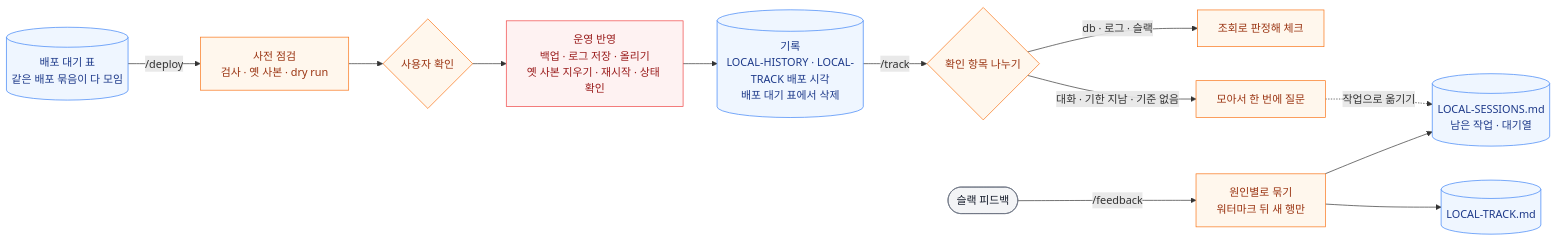
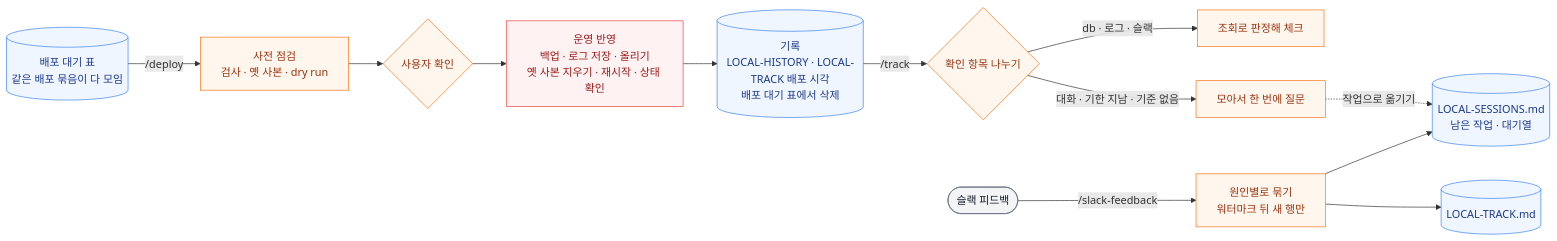
Before and after one commit to hyewon3938/build-with-ai: the fifth of 6 diagrams in workflow/skills-overview.md, drawn with Mermaid. The commit also changed other lines of this file and 5 other files, not shown here.

First line of the commit message:
refactor(plugin): 슬랙 피드백 스킬 이름을 slack-feedback으로 바꾼다

````diff
--- a/workflow/skills-overview.md
+++ b/workflow/skills-overview.md
@@ -159,24 +159,24 @@
 ```mermaid
 graph LR
     DW[("배포 대기 표<br/>같은 배포 묶음이 다 모임")] -->|/deploy| PRE["사전 점검<br/>검사 · 옛 사본 · dry run"]
     PRE --> OK{"사용자 확인"}
     OK --> RUN["운영 반영<br/>백업 · 로그 저장 · 올리기<br/>옛 사본 지우기 · 재시작 · 상태 확인"]
     RUN --> REC[("기록<br/>LOCAL-HISTORY · LOCAL-TRACK 배포 시각<br/>배포 대기 표에서 삭제")]
     REC -->|/track| TR{"확인 항목 나누기"}
     TR -->|db · 로그 · 슬랙| AUTO["조회로 판정해 체크"]
     TR -->|대화 · 기한 지남 · 기준 없음| ASK["모아서 한 번에 질문"]
     ASK -.작업으로 옮기기.-> QU[("LOCAL-SESSIONS.md<br/>남은 작업 · 대기열")]
-    SL(["슬랙 피드백"]) -->|/feedback| FB["원인별로 묶기<br/>워터마크 뒤 새 행만"]
+    SL(["슬랙 피드백"]) -->|/slack-feedback| FB["원인별로 묶기<br/>워터마크 뒤 새 행만"]
     FB --> QU
     FB --> TK[("LOCAL-TRACK.md")]
 
     classDef io fill:#f3f4f6,stroke:#6b7280,color:#111827
     classDef judge fill:#fff7ed,stroke:#f97316,color:#9a3412
     classDef local fill:#eff6ff,stroke:#3b82f6,color:#1e3a8a
     classDef external fill:#fef2f2,stroke:#ef4444,color:#991b1b
 
     class SL io
     class PRE,OK,TR,AUTO,ASK,FB judge
     class DW,REC,QU,TK local
     class RUN external
 ```
````
